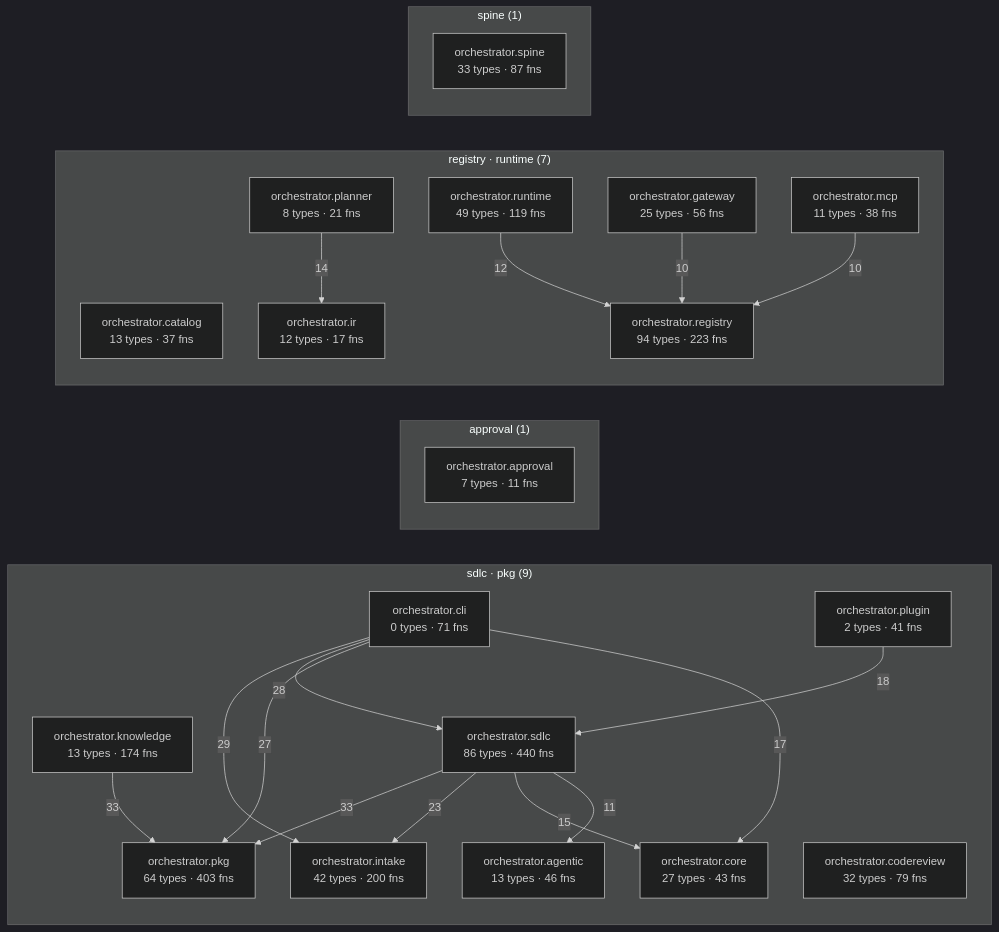
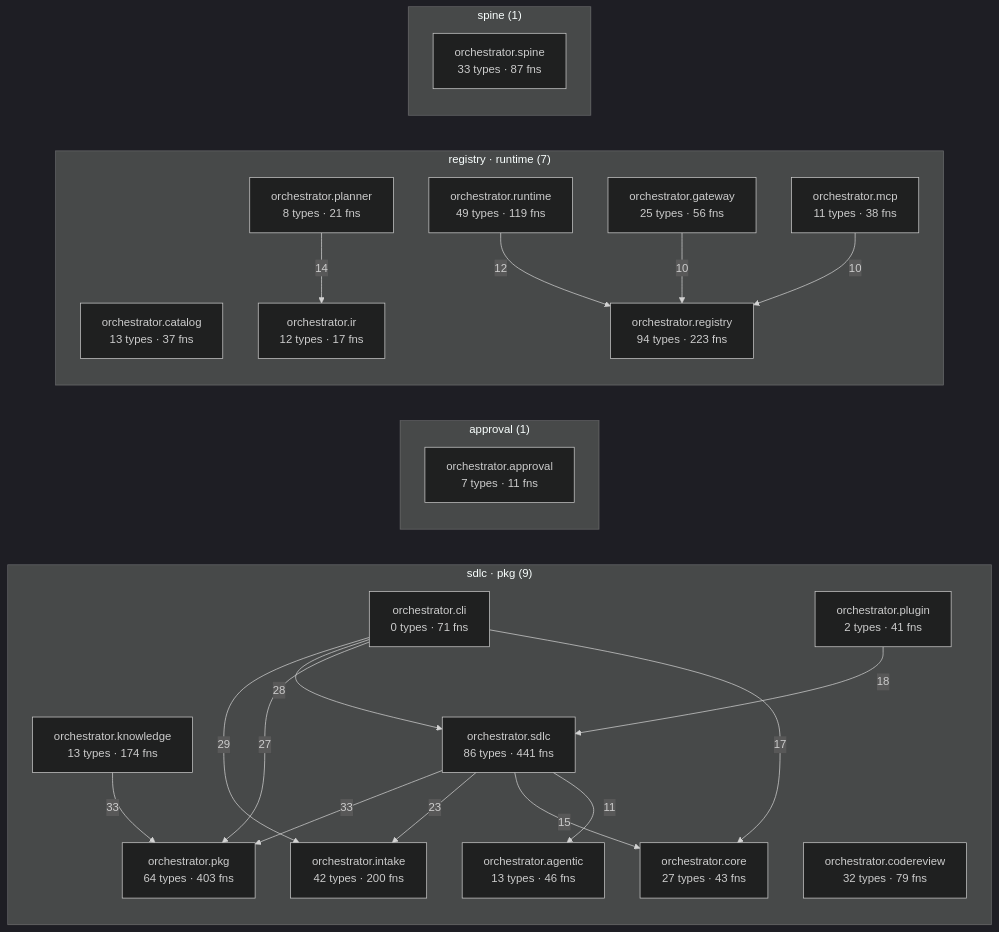
The diagram in episteme/architecture.md (synaptixs/spine), drawn with Mermaid (dark theme) before and after one commit. The commit also changed other lines of this file and 9 other files, not shown here.

````diff
--- a/episteme/architecture.md
+++ b/episteme/architecture.md
@@ -54,43 +54,43 @@
 ```mermaid
 flowchart LR
   subgraph c_1["sdlc · pkg (9)"]
     aorchestratoragentic["orchestrator.agentic<br/>13 types · 46 fns"]
     aorchestratorcli["orchestrator.cli<br/>0 types · 71 fns"]
     aorchestratorcodereview["orchestrator.codereview<br/>32 types · 79 fns"]
     aorchestratorcore["orchestrator.core<br/>27 types · 43 fns"]
     aorchestratorintake["orchestrator.intake<br/>42 types · 200 fns"]
     aorchestratorknowledge["orchestrator.knowledge<br/>13 types · 174 fns"]
     aorchestratorpkg["orchestrator.pkg<br/>64 types · 403 fns"]
     aorchestratorplugin["orchestrator.plugin<br/>2 types · 41 fns"]
-    aorchestratorsdlc["orchestrator.sdlc<br/>86 types · 440 fns"]
+    aorchestratorsdlc["orchestrator.sdlc<br/>86 types · 441 fns"]
   end
   subgraph c_2["approval (1)"]
     aorchestratorapproval["orchestrator.approval<br/>7 types · 11 fns"]
   end
   subgraph c_3["registry · runtime (7)"]
     aorchestratorcatalog["orchestrator.catalog<br/>13 types · 37 fns"]
     aorchestratorgateway["orchestrator.gateway<br/>25 types · 56 fns"]
     aorchestratorir["orchestrator.ir<br/>12 types · 17 fns"]
     aorchestratormcp["orchestrator.mcp<br/>11 types · 38 fns"]
     aorchestratorplanner["orchestrator.planner<br/>8 types · 21 fns"]
     aorchestratorregistry["orchestrator.registry<br/>94 types · 223 fns"]
     aorchestratorruntime["orchestrator.runtime<br/>49 types · 119 fns"]
   end
   subgraph c_10["spine (1)"]
     aorchestratorspine["orchestrator.spine<br/>33 types · 87 fns"]
   end
   aorchestratorknowledge -->|33| aorchestratorpkg
   aorchestratorsdlc -->|33| aorchestratorpkg
   aorchestratorcli -->|29| aorchestratorintake
   aorchestratorcli -->|28| aorchestratorsdlc
   aorchestratorcli -->|27| aorchestratorpkg
   aorchestratorsdlc -->|23| aorchestratorintake
   aorchestratorplugin -->|18| aorchestratorsdlc
   aorchestratorcli -->|17| aorchestratorcore
   aorchestratorsdlc -->|15| aorchestratorcore
   aorchestratorplanner -->|14| aorchestratorir
   aorchestratorruntime -->|12| aorchestratorregistry
   aorchestratorsdlc -->|11| aorchestratoragentic
   aorchestratorgateway -->|10| aorchestratorregistry
   aorchestratormcp -->|10| aorchestratorregistry
 ```
````
